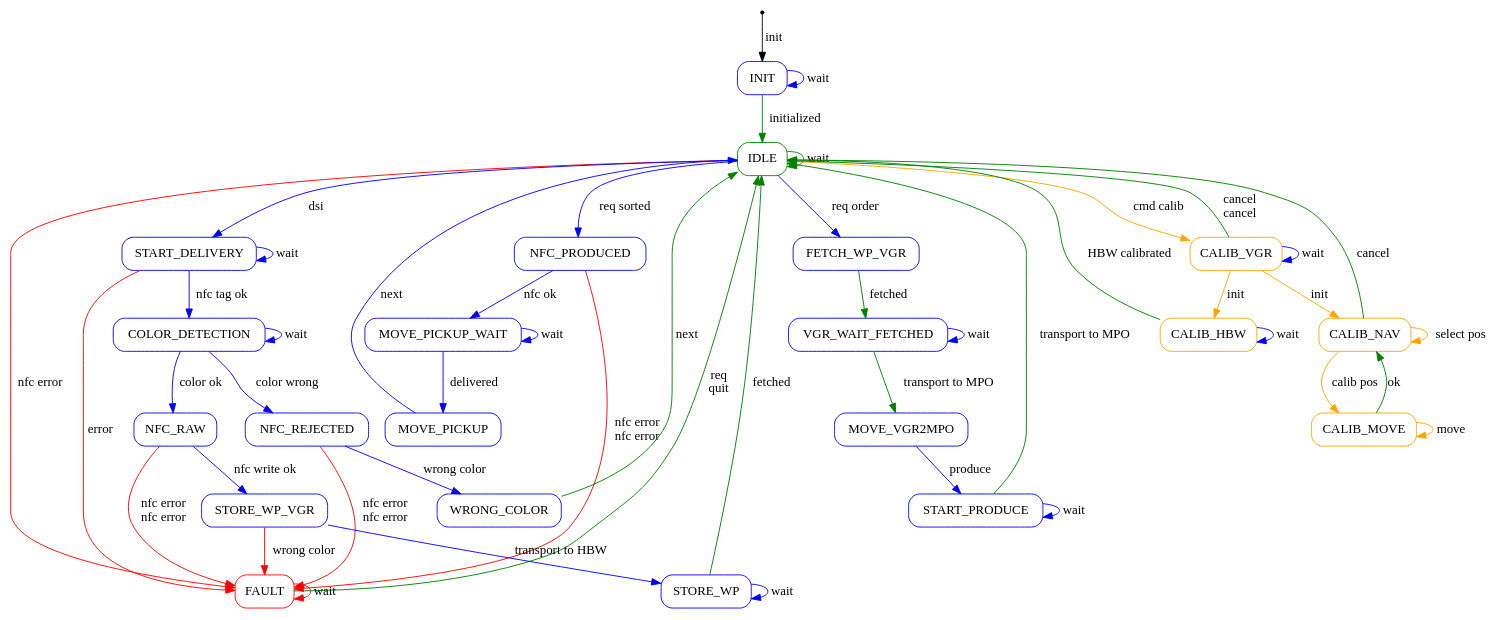
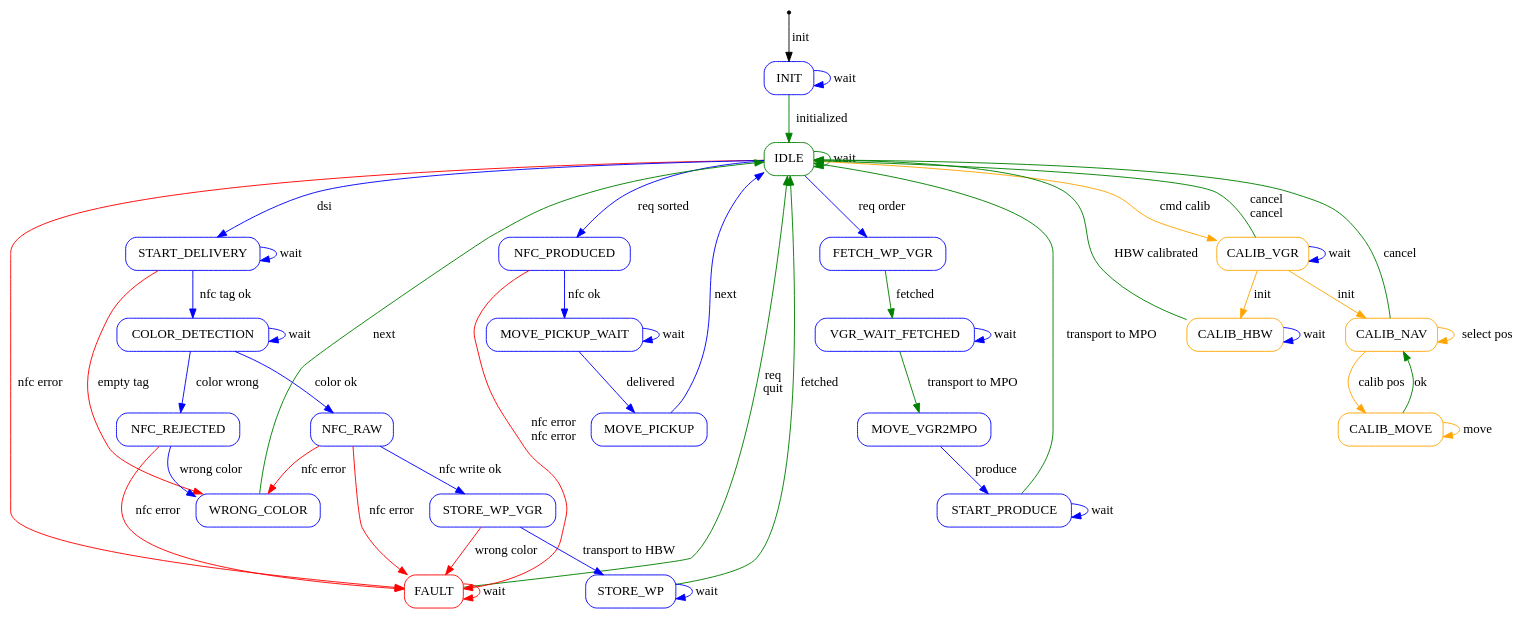
Before and after one commit to fischertechnik/txt_training_factory: the diagram in TxtSmartFactoryLib/doc/DocFsm/TxtVacuumGripperRobotRun.gv, drawn with Graphviz. The commit also changed 38 other files, not shown here.

```diff
--- a/TxtSmartFactoryLib/doc/DocFsm/TxtVacuumGripperRobotRun.gv
+++ b/TxtSmartFactoryLib/doc/DocFsm/TxtVacuumGripperRobotRun.gv
@@ -1,73 +1,74 @@
 digraph "generated by DocFsm" {
 	node [shape = Mrecord];
 	IDLE_0 [color = green, label = "IDLE"];
 	FAULT_0 [color = red, label = "FAULT"];
 	INIT_0 [color = blue, label = "INIT"];
 	NFC_PRODUCED_0 [color = blue, label = "NFC_PRODUCED"];
 	FETCH_WP_VGR_0 [color = blue, label = "FETCH_WP_VGR"];
 	START_DELIVERY_0 [color = blue, label = "START_DELIVERY"];
 	CALIB_VGR_0 [color = orange, label = "CALIB_VGR"];
 	VGR_WAIT_FETCHED_0 [color = blue, label = "VGR_WAIT_FETCHED"];
 	MOVE_VGR2MPO_0 [color = blue, label = "MOVE_VGR2MPO"];
 	START_PRODUCE_0 [color = blue, label = "START_PRODUCE"];
+	WRONG_COLOR_0 [color = blue, label = "WRONG_COLOR"];
 	COLOR_DETECTION_0 [color = blue, label = "COLOR_DETECTION"];
 	NFC_RAW_0 [color = blue, label = "NFC_RAW"];
 	NFC_REJECTED_0 [color = blue, label = "NFC_REJECTED"];
 	STORE_WP_VGR_0 [color = blue, label = "STORE_WP_VGR"];
-	WRONG_COLOR_0 [color = blue, label = "WRONG_COLOR"];
 	MOVE_PICKUP_WAIT_0 [color = blue, label = "MOVE_PICKUP_WAIT"];
 	MOVE_PICKUP_0 [color = blue, label = "MOVE_PICKUP"];
 	STORE_WP_0 [color = blue, label = "STORE_WP"];
 	CALIB_HBW_0 [color = orange, label = "CALIB_HBW"];
 	CALIB_NAV_0 [color = orange, label = "CALIB_NAV"];
 	CALIB_MOVE_0 [color = orange, label = "CALIB_MOVE"];
 	entry0_0 [shape = point, label = "entry0"];
 	IDLE_0 -> FAULT_0 [color = red, label = "nfc error"];
 	IDLE_0 -> NFC_PRODUCED_0 [color = blue, label = "req sorted"];
 	IDLE_0 -> FETCH_WP_VGR_0 [color = blue, label = "req order"];
 	IDLE_0 -> START_DELIVERY_0 [color = blue, label = "dsi"];
 	IDLE_0 -> CALIB_VGR_0 [color = orange, label = "cmd calib"];
 	IDLE_0 -> IDLE_0 [color = green, label = "wait"];
 	FAULT_0 -> IDLE_0 [color = green, label = "req\nquit"];
 	FAULT_0 -> FAULT_0 [color = red, label = "wait"];
 	INIT_0 -> INIT_0 [color = blue, label = "wait"];
 	INIT_0 -> IDLE_0 [color = green, label = "initialized"];
 	NFC_PRODUCED_0 -> FAULT_0 [color = red, label = "nfc error\nnfc error"];
 	NFC_PRODUCED_0 -> MOVE_PICKUP_WAIT_0 [color = blue, label = "nfc ok"];
 	FETCH_WP_VGR_0 -> VGR_WAIT_FETCHED_0 [color = green, label = "fetched"];
-	START_DELIVERY_0 -> FAULT_0 [color = red, label = "error"];
+	START_DELIVERY_0 -> WRONG_COLOR_0 [color = red, label = "empty tag"];
 	START_DELIVERY_0 -> COLOR_DETECTION_0 [color = blue, label = "nfc tag ok"];
 	START_DELIVERY_0 -> START_DELIVERY_0 [color = blue, label = "wait"];
 	CALIB_VGR_0 -> CALIB_HBW_0 [color = orange, label = "init"];
 	CALIB_VGR_0 -> CALIB_NAV_0 [color = orange, label = "init"];
 	CALIB_VGR_0 -> IDLE_0 [color = green, label = "cancel\ncancel"];
 	CALIB_VGR_0 -> CALIB_VGR_0 [color = blue, label = "wait"];
 	VGR_WAIT_FETCHED_0 -> MOVE_VGR2MPO_0 [color = green, label = "transport to MPO"];
 	VGR_WAIT_FETCHED_0 -> VGR_WAIT_FETCHED_0 [color = blue, label = "wait"];
 	MOVE_VGR2MPO_0 -> START_PRODUCE_0 [color = blue, label = "produce"];
 	START_PRODUCE_0 -> IDLE_0 [color = green, label = "transport to MPO"];
 	START_PRODUCE_0 -> START_PRODUCE_0 [color = blue, label = "wait"];
+	WRONG_COLOR_0 -> IDLE_0 [color = green, label = "next"];
 	COLOR_DETECTION_0 -> NFC_RAW_0 [color = blue, label = "color ok"];
 	COLOR_DETECTION_0 -> NFC_REJECTED_0 [color = blue, label = "color wrong"];
 	COLOR_DETECTION_0 -> COLOR_DETECTION_0 [color = blue, label = "wait"];
-	NFC_RAW_0 -> FAULT_0 [color = red, label = "nfc error\nnfc error"];
+	NFC_RAW_0 -> WRONG_COLOR_0 [color = red, label = "nfc error"];
+	NFC_RAW_0 -> FAULT_0 [color = red, label = "nfc error"];
 	NFC_RAW_0 -> STORE_WP_VGR_0 [color = blue, label = "nfc write ok"];
-	NFC_REJECTED_0 -> FAULT_0 [color = red, label = "nfc error\nnfc error"];
+	NFC_REJECTED_0 -> FAULT_0 [color = red, label = "nfc error"];
 	NFC_REJECTED_0 -> WRONG_COLOR_0 [color = blue, label = "wrong color"];
 	STORE_WP_VGR_0 -> FAULT_0 [color = red, label = "wrong color"];
 	STORE_WP_VGR_0 -> STORE_WP_0 [color = blue, label = "transport to HBW"];
-	WRONG_COLOR_0 -> IDLE_0 [color = green, label = "next"];
 	MOVE_PICKUP_WAIT_0 -> MOVE_PICKUP_0 [color = blue, label = "delivered"];
 	MOVE_PICKUP_WAIT_0 -> MOVE_PICKUP_WAIT_0 [color = blue, label = "wait"];
 	MOVE_PICKUP_0 -> IDLE_0 [color = blue, label = "next"];
 	STORE_WP_0 -> IDLE_0 [color = green, label = "fetched"];
 	STORE_WP_0 -> STORE_WP_0 [color = blue, label = "wait"];
 	CALIB_HBW_0 -> IDLE_0 [color = green, label = "HBW calibrated"];
 	CALIB_HBW_0 -> CALIB_HBW_0 [color = blue, label = "wait"];
 	CALIB_NAV_0 -> IDLE_0 [color = green, label = "cancel"];
 	CALIB_NAV_0 -> CALIB_MOVE_0 [color = orange, label = "calib pos"];
 	CALIB_NAV_0 -> CALIB_NAV_0 [color = orange, label = "select pos"];
 	CALIB_MOVE_0 -> CALIB_MOVE_0 [color = orange, label = "move"];
 	CALIB_MOVE_0 -> CALIB_NAV_0 [color = green, label = "ok"];
 	entry0_0 -> INIT_0 [color = black, label = "init"];
 }
```
